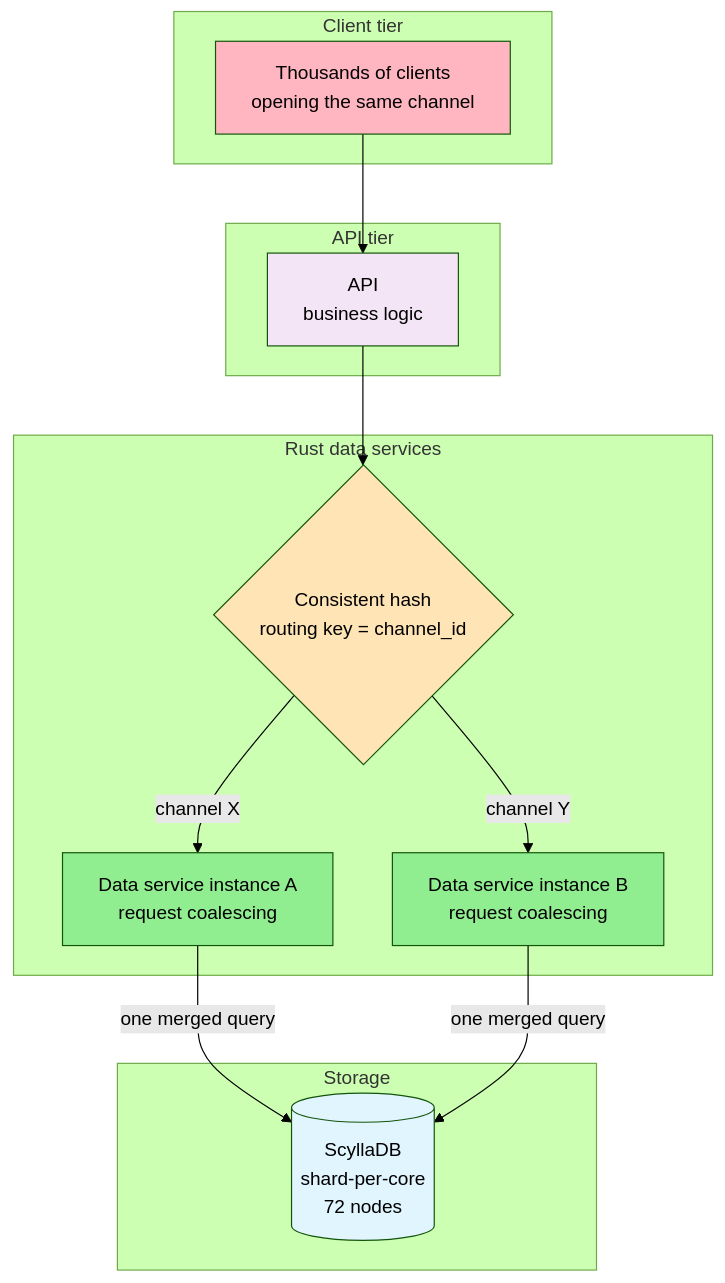
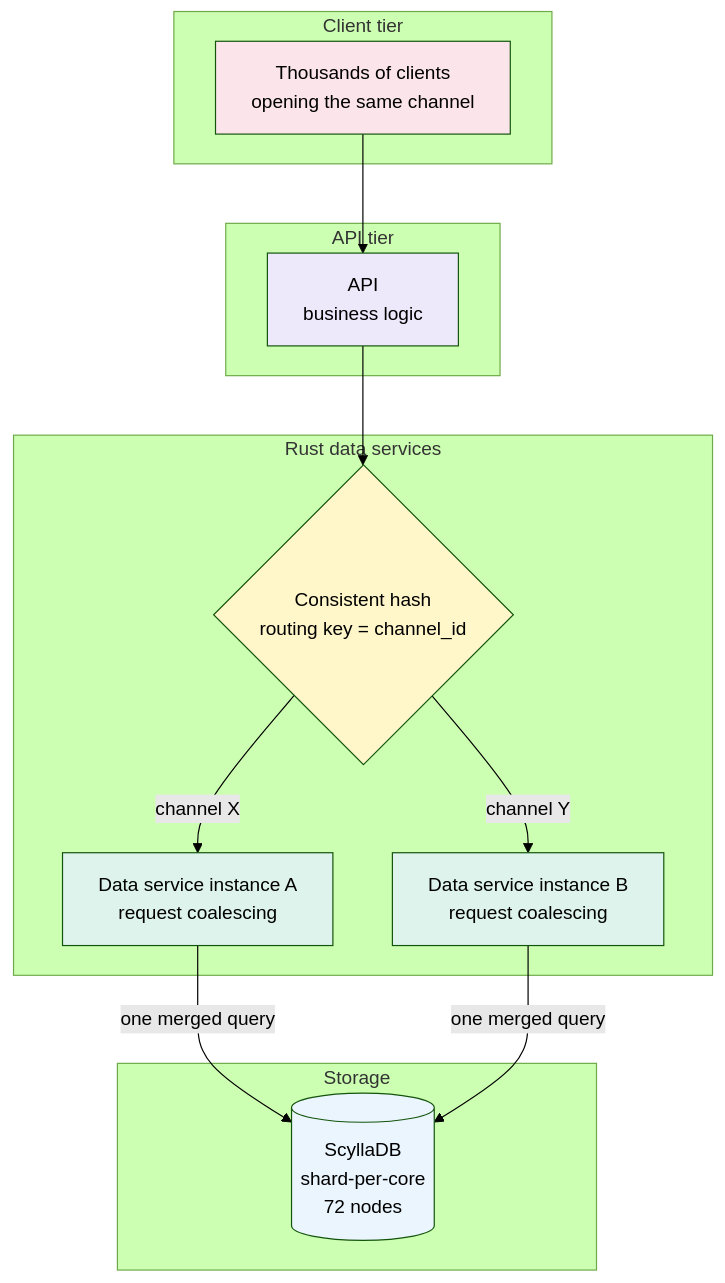
One commit to cartmancodes/InterviewVault changed the first of 2 diagrams in LLD/SystemDesign/IntheWild/HowDiscordMovedTrillionsOfMessagesToScylladb.md. Above: the diagram before and after it, drawn with Mermaid (forest theme). The commit also changed other lines of this file and 679 other files, not shown here.

Commit message:
Unify content diagrams and add accessible visual walkthroughs

````diff
--- a/LLD/SystemDesign/IntheWild/HowDiscordMovedTrillionsOfMessagesToScylladb.md
+++ b/LLD/SystemDesign/IntheWild/HowDiscordMovedTrillionsOfMessagesToScylladb.md
@@ -118,31 +118,31 @@
 ```mermaid
 graph TB
     subgraph "Client tier"
         C[Thousands of clients<br/>opening the same channel]
     end
     subgraph "API tier"
         API[API<br/>business logic]
     end
     subgraph "Rust data services"
         R{Consistent hash<br/>routing key = channel_id}
         I1[Data service instance A<br/>request coalescing]
         I2[Data service instance B<br/>request coalescing]
     end
     subgraph "Storage"
         DB[(ScyllaDB<br/>shard-per-core<br/>72 nodes)]
     end
 
     C --> API
     API --> R
     R -->|channel X| I1
     R -->|channel Y| I2
     I1 -->|one merged query| DB
     I2 -->|one merged query| DB
 
-    style C fill:#FFB6C1
-    style API fill:#f3e5f5
-    style R fill:#FFE4B5
-    style I1 fill:#90EE90
-    style I2 fill:#90EE90
-    style DB fill:#e1f5ff
+    style C fill:#FCE5EA
+    style API fill:#EDE8FA
+    style R fill:#FFF6C9
+    style I1 fill:#DDF3EC
+    style I2 fill:#DDF3EC
+    style DB fill:#EAF5FD
 ```
````
